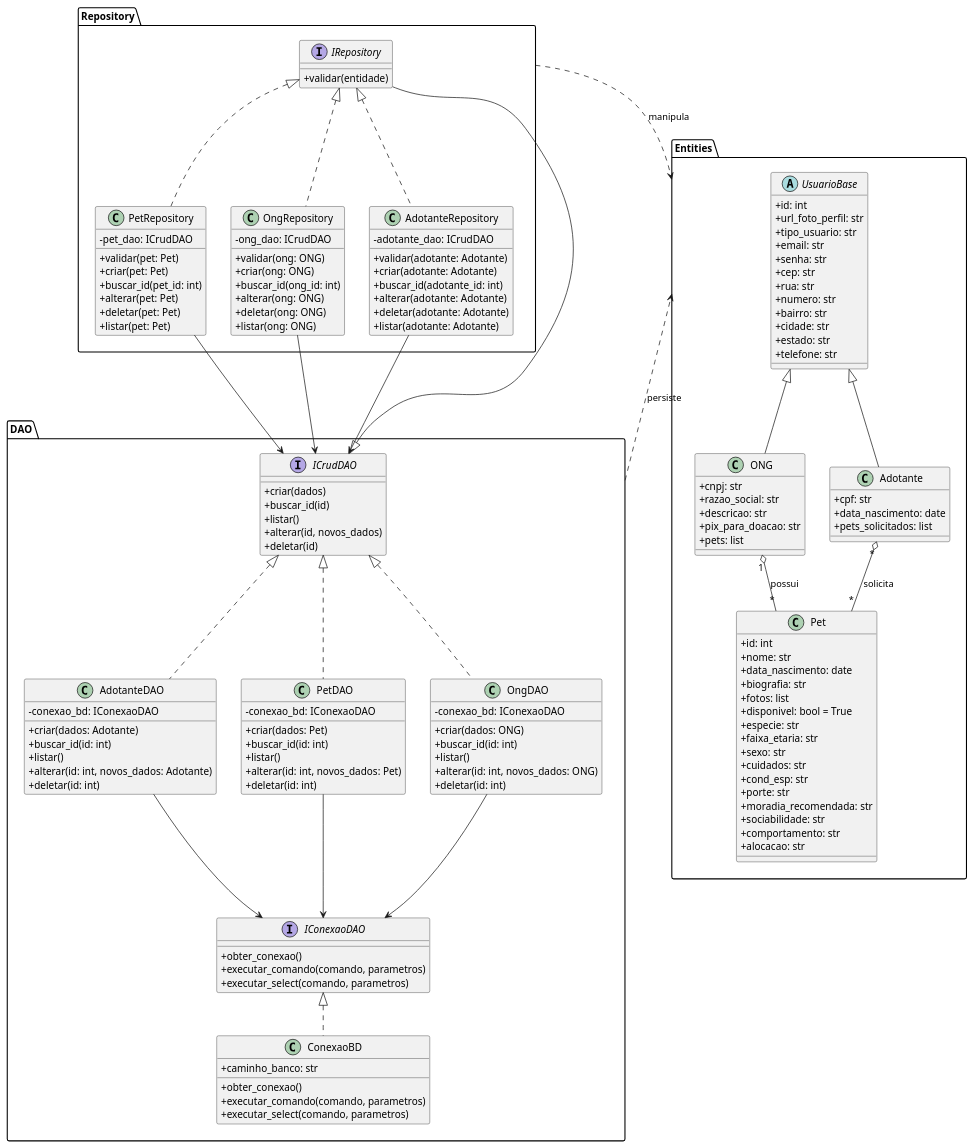
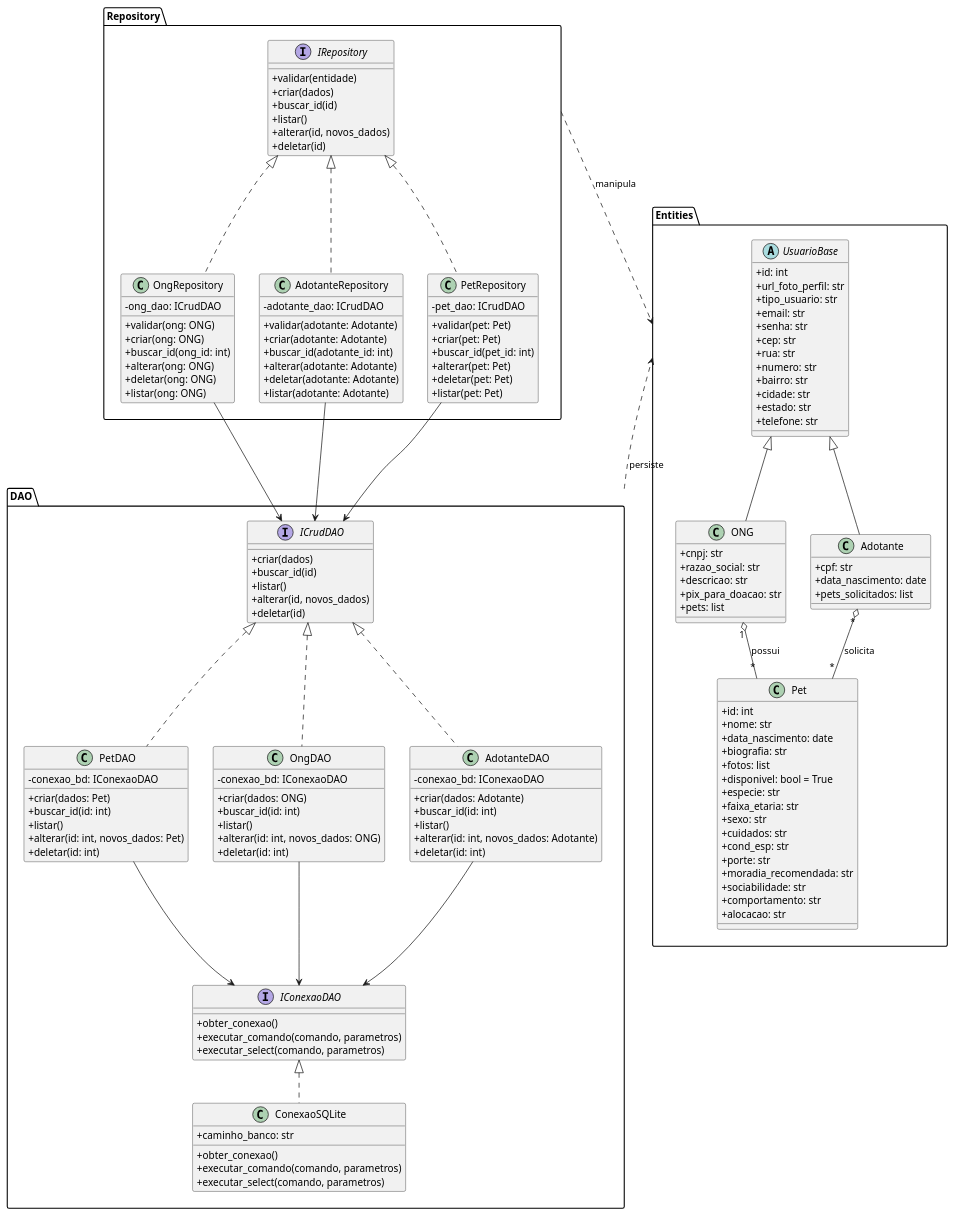
Before and after one commit to raissa-placido/PareaPet_Core: the diagram in docs/dominio.md, drawn with PlantUML. The commit also changed 2 other files, not shown here.

Commit message:
fix: corrige diagrama de dominio

```diff
--- a/docs/dominio.md
+++ b/docs/dominio.md
@@ -73,7 +73,7 @@
         +executar_select(comando, parametros)
     }
 
-    class ConexaoBD {
+    class ConexaoSQLite {
         +caminho_banco: str
         +obter_conexao()
         +executar_comando(comando, parametros)
@@ -115,7 +115,7 @@
         +deletar(id: int)
     }
 
-    IConexaoDAO <|.. ConexaoBD
+    IConexaoDAO <|.. ConexaoSQLite
     ICrudDAO <|.. PetDAO
     ICrudDAO <|.. OngDAO
     ICrudDAO <|.. AdotanteDAO
@@ -128,6 +128,11 @@
 package "Repository" {
     interface IRepository {
         +validar(entidade)
+        +criar(dados)
+        +buscar_id(id)
+        +listar()
+        +alterar(id, novos_dados)
+        +deletar(id)
     }
 
     class PetRepository {
@@ -160,7 +165,6 @@
         +listar(adotante: Adotante)
     }
 
-    ICrudDAO <|-- IRepository
     IRepository <|.. PetRepository
     IRepository <|.. OngRepository
     IRepository <|.. AdotanteRepository
```
